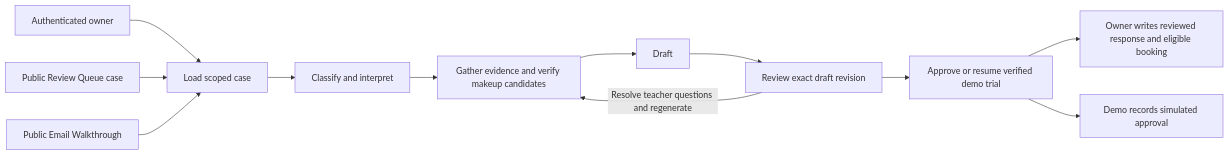
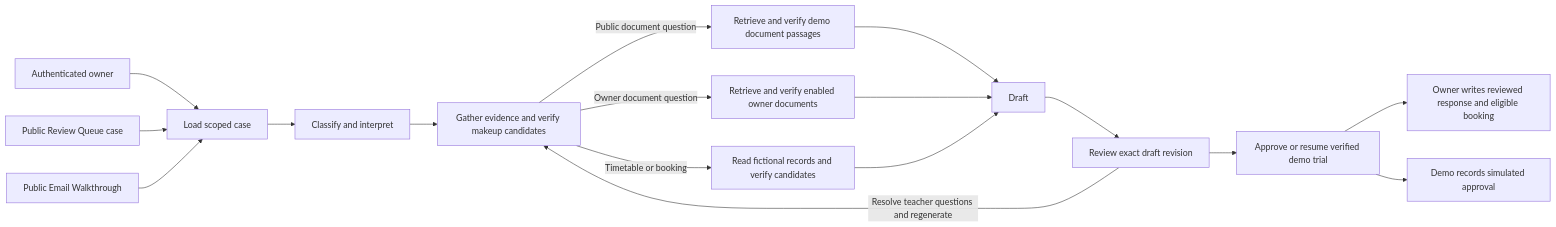
The diagram in docs/22-public-live-demo.md (manjunjiangclara-cmyk/dance-studio-agent), drawn with Mermaid before and after one commit. The commit also changed other lines of this file and 10 other files, not shown here.

````diff
--- a/docs/22-public-live-demo.md
+++ b/docs/22-public-live-demo.md
@@ -5,14 +5,19 @@
 ```mermaid
 flowchart LR
     Owner[Authenticated owner] --> Load[Load scoped case]
     Demo[Public Review Queue case] --> Load
     Walkthrough[Public Email Walkthrough] --> Load
     Load --> Classify[Classify and interpret]
     Classify --> Gather[Gather evidence and verify makeup candidates]
-    Gather --> Draft[Draft]
+    Gather -->|Public document question| Documents[Retrieve and verify demo document passages]
+    Gather -->|Owner document question| OwnerDocuments[Retrieve and verify enabled owner documents]
+    Gather -->|Timetable or booking| Records[Read fictional records and verify candidates]
+    Documents --> Draft[Draft]
+    OwnerDocuments --> Draft
+    Records --> Draft
     Draft --> Review[Review exact draft revision]
     Review --> Approve[Approve or resume verified demo trial]
     Review -->|Resolve teacher questions and regenerate| Gather
     Approve --> Commit[Owner writes reviewed response and eligible booking]
     Approve --> Simulate[Demo records simulated approval]
 ```
````
